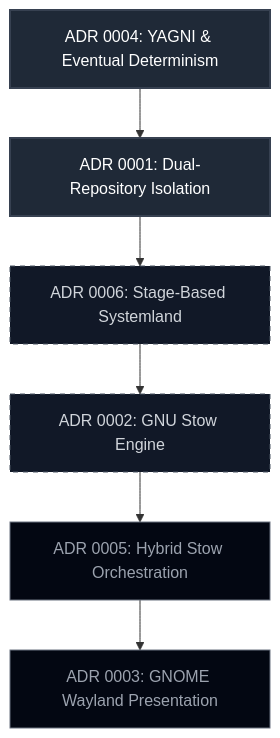
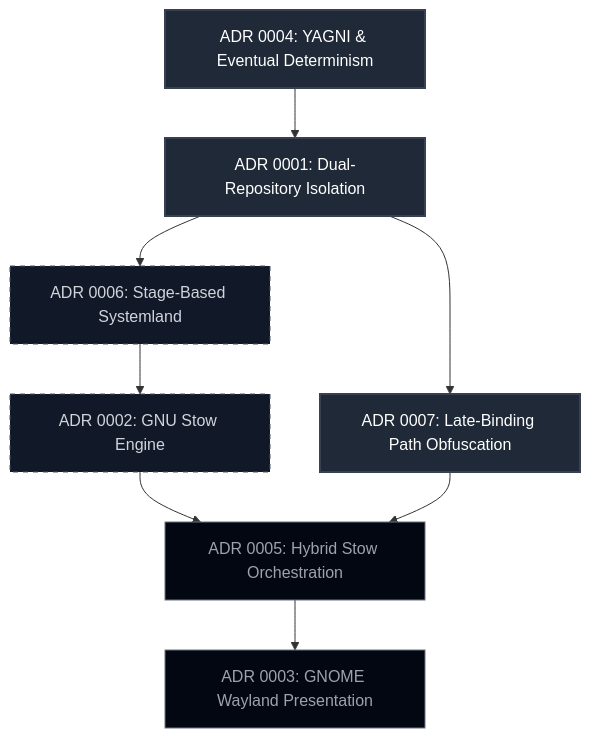
One commit to alexandrevarga/workstation-core changed the diagram in docs/adr/README.md. Above: the diagram before and after it, drawn with Mermaid. The commit also changed other lines of this file and 1 other file, not shown here.

Commit message:
docs(adr): add ADR 0007 for late-binding path obfuscation

````diff
--- a/docs/adr/README.md
+++ b/docs/adr/README.md
@@ -9,20 +9,25 @@
 ```mermaid
 graph TD
     %% Foundational Principles
     ADR0004["ADR 0004: YAGNI & Eventual Determinism"] --> ADR0001["ADR 0001: Dual-Repository Isolation"]
     
     %% Provisioning & Privilege Mechanics
     ADR0001 --> ADR0006["ADR 0006: Stage-Based Systemland"]
     ADR0006 --> ADR0002["ADR 0002: GNU Stow Engine"]
     
     %% Orchestration & UX
     ADR0002 --> ADR0005["ADR 0005: Hybrid Stow Orchestration"]
     ADR0005 --> ADR0003["ADR 0003: GNOME Wayland Presentation"]
 
+    %% Late-Binding / Security
+    ADR0001 --> ADR0007["ADR 0007: Late-Binding Path Obfuscation"]
+    ADR0007 --> ADR0005
+
     style ADR0004 fill:#1f2937,stroke:#374151,stroke-width:2px,color:#fff
     style ADR0001 fill:#1f2937,stroke:#374151,stroke-width:2px,color:#fff
     style ADR0006 fill:#111827,stroke:#4b5563,stroke-dasharray: 5 5,color:#d1d5db
     style ADR0002 fill:#111827,stroke:#4b5563,stroke-dasharray: 5 5,color:#d1d5db
     style ADR0005 fill:#030712,stroke:#6b7280,color:#9ca3af
     style ADR0003 fill:#030712,stroke:#6b7280,color:#9ca3af
+    style ADR0007 fill:#1f2937,stroke:#374151,stroke-width:2px,color:#fff
 ```
````
